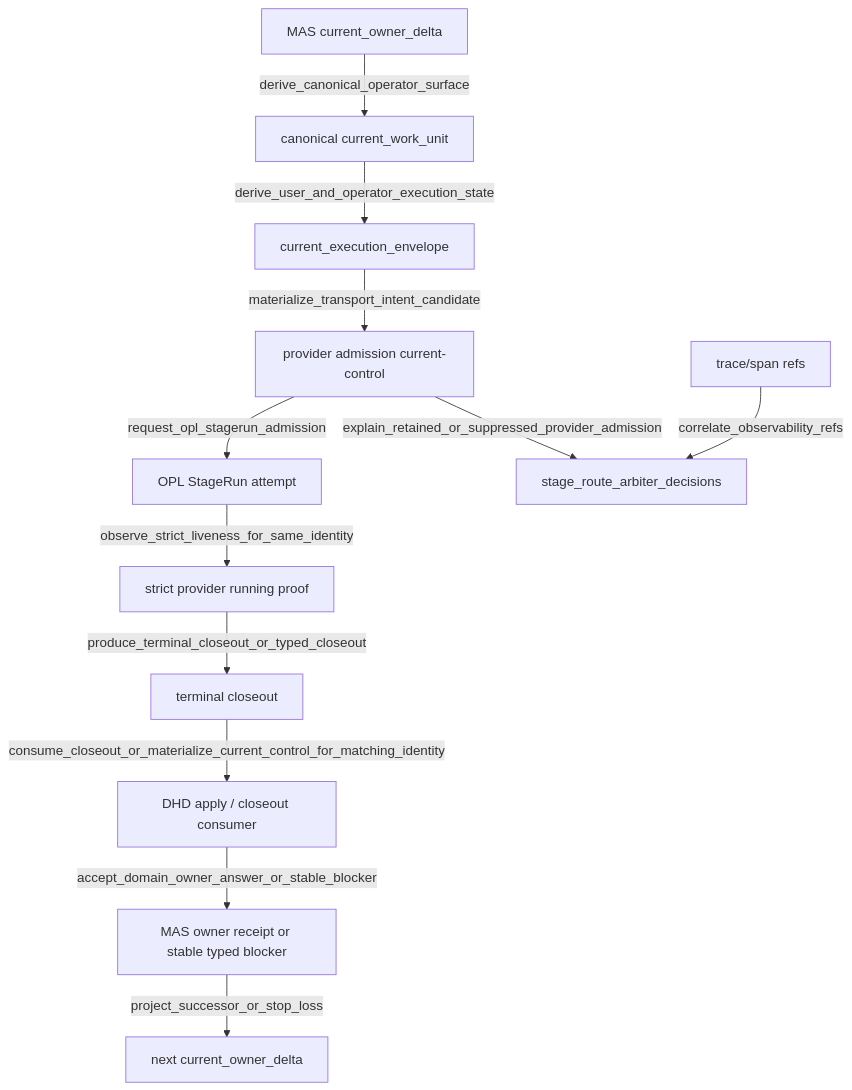
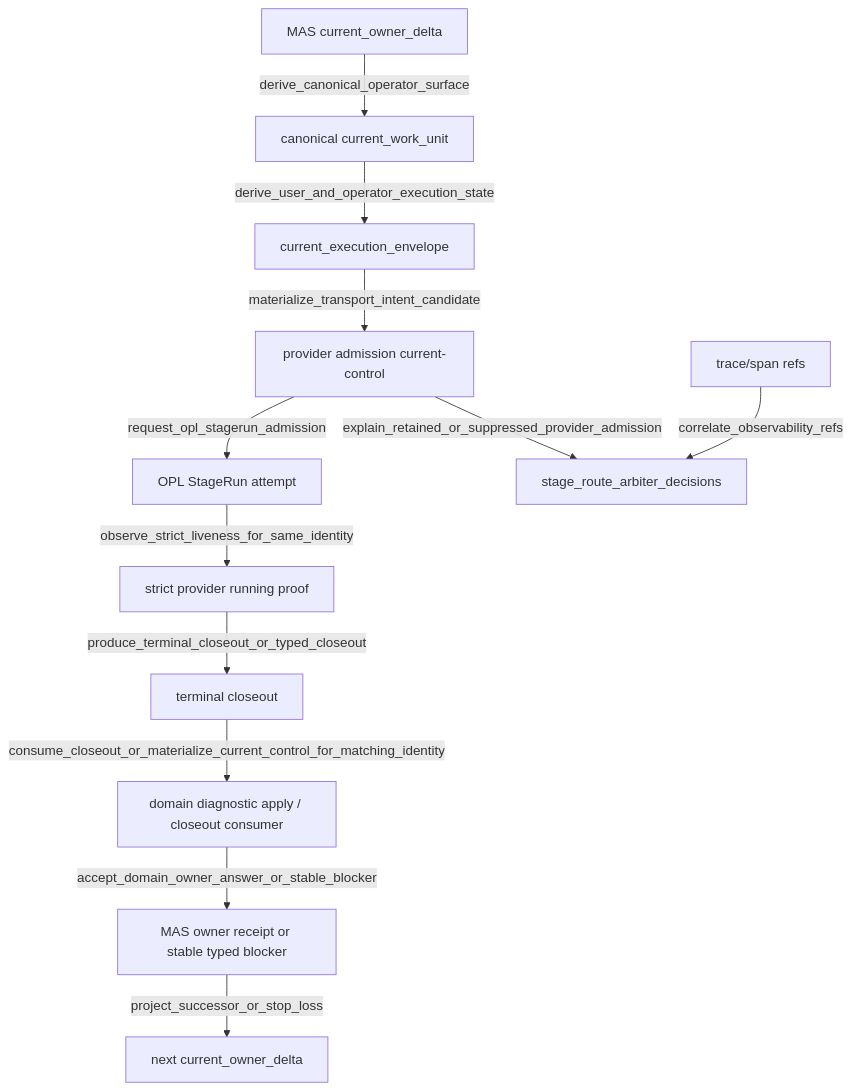
The second of 2 diagrams in docs/runtime/contracts/stage_route_contract.md (gaofeng21cn/med-autoscience), drawn with Mermaid before and after one commit. The commit also changed other lines of this file and 529 other files, not shown here.

Commit message:
Retire MAS active owner-route runtime residues

````diff
--- a/docs/runtime/contracts/stage_route_contract.md
+++ b/docs/runtime/contracts/stage_route_contract.md
@@ -277,14 +277,14 @@
 ```mermaid
 flowchart TD
   current_owner_delta["MAS current_owner_delta"] -->|"derive_canonical_operator_surface"| current_work_unit["canonical current_work_unit"]
   current_work_unit["canonical current_work_unit"] -->|"derive_user_and_operator_execution_state"| current_execution_envelope["current_execution_envelope"]
   current_execution_envelope["current_execution_envelope"] -->|"materialize_transport_intent_candidate"| provider_admission_current_control["provider admission current-control"]
   provider_admission_current_control["provider admission current-control"] -->|"request_opl_stagerun_admission"| opl_stage_run_attempt["OPL StageRun attempt"]
   opl_stage_run_attempt["OPL StageRun attempt"] -->|"observe_strict_liveness_for_same_identity"| provider_running["strict provider running proof"]
   provider_running["strict provider running proof"] -->|"produce_terminal_closeout_or_typed_closeout"| terminal_closeout["terminal closeout"]
-  terminal_closeout["terminal closeout"] -->|"consume_closeout_or_materialize_current_control_for_matching_identity"| domain_health_diagnostic_apply["DHD apply / closeout consumer"]
-  domain_health_diagnostic_apply["DHD apply / closeout consumer"] -->|"accept_domain_owner_answer_or_stable_blocker"| mas_owner_receipt_or_typed_blocker["MAS owner receipt or stable typed blocker"]
+  terminal_closeout["terminal closeout"] -->|"consume_closeout_or_materialize_current_control_for_matching_identity"| domain_diagnostic_report_apply["domain diagnostic apply / closeout consumer"]
+  domain_diagnostic_report_apply["domain diagnostic apply / closeout consumer"] -->|"accept_domain_owner_answer_or_stable_blocker"| mas_owner_receipt_or_typed_blocker["MAS owner receipt or stable typed blocker"]
   mas_owner_receipt_or_typed_blocker["MAS owner receipt or stable typed blocker"] -->|"project_successor_or_stop_loss"| next_current_owner_delta["next current_owner_delta"]
   provider_admission_current_control["provider admission current-control"] -->|"explain_retained_or_suppressed_provider_admission"| stage_route_arbiter_decisions["stage_route_arbiter_decisions"]
   trace_span_refs["trace/span refs"] -->|"correlate_observability_refs"| stage_route_arbiter_decisions["stage_route_arbiter_decisions"]
 ```
````
